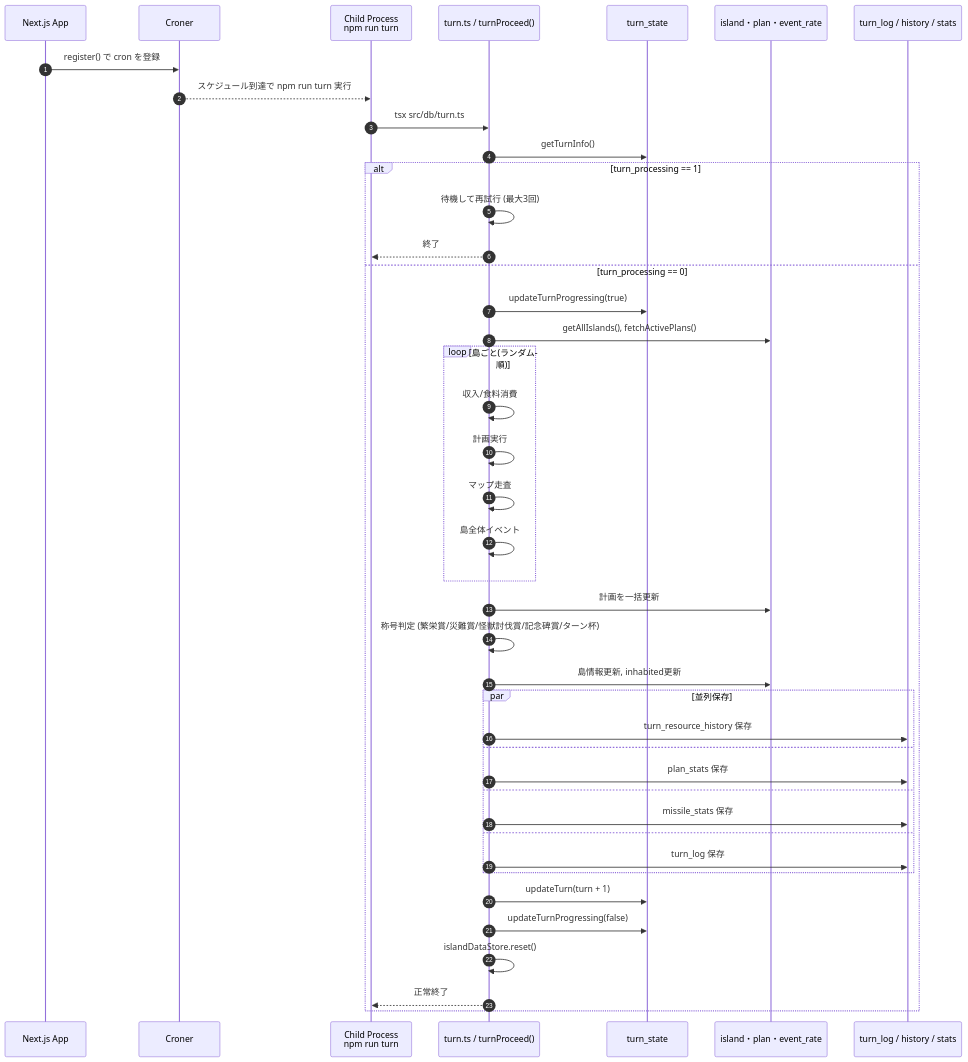
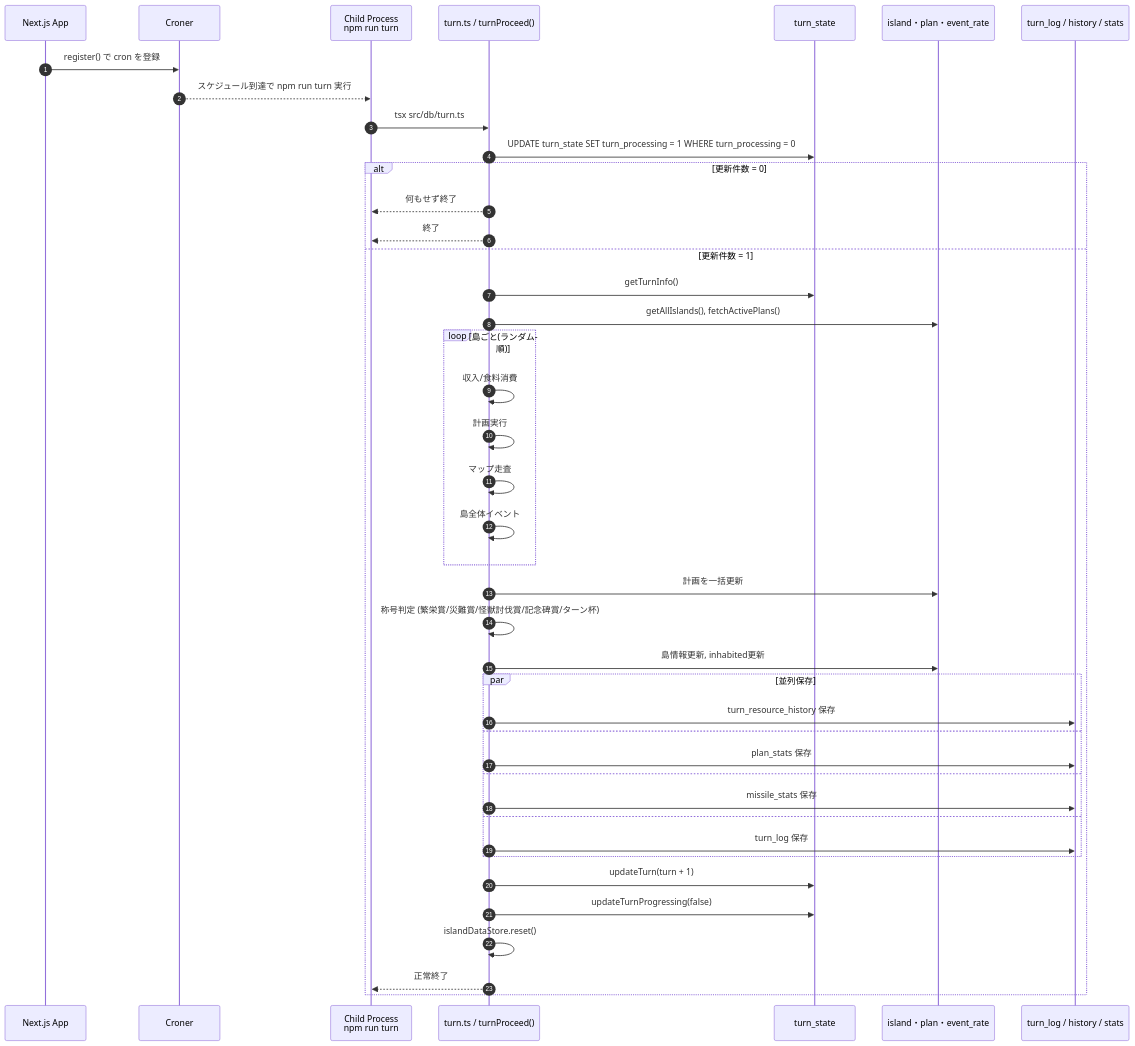
Before and after one commit to patatan168/next-hakoniwa: the diagram in docs/turn_process_specification.md, drawn with Mermaid. The commit also changed other lines of this file and 2 other files, not shown here.

````diff
--- a/docs/turn_process_specification.md
+++ b/docs/turn_process_specification.md
@@ -65,50 +65,50 @@
 ```mermaid
 sequenceDiagram
     autonumber
     participant App as Next.js App
     participant Cron as Croner
     participant Child as Child Process<br/>npm run turn
     participant Turn as turn.ts / turnProceed()
     participant TS as turn_state
     participant DB as island・plan・event_rate
     participant LogDB as turn_log / history / stats
 
     App->>Cron: register() で cron を登録
     Cron-->>Child: スケジュール到達で npm run turn 実行
     Child->>Turn: tsx src/db/turn.ts
 
-    Turn->>TS: getTurnInfo()
-    alt turn_processing == 1
-        Turn->>Turn: 待機して再試行 (最大3回)
+    Turn->>TS: UPDATE turn_state SET turn_processing = 1 WHERE turn_processing = 0
+    alt 更新件数 = 0
+        Turn-->>Child: 何もせず終了
         Turn-->>Child: 終了
-    else turn_processing == 0
-        Turn->>TS: updateTurnProgressing(true)
+    else 更新件数 = 1
+        Turn->>TS: getTurnInfo()
         Turn->>DB: getAllIslands(), fetchActivePlans()
 
         loop 島ごと(ランダム順)
             Turn->>Turn: 収入/食料消費
             Turn->>Turn: 計画実行
             Turn->>Turn: マップ走査
             Turn->>Turn: 島全体イベント
         end
 
         Turn->>DB: 計画を一括更新
         Turn->>Turn: 称号判定 (繁栄賞/災難賞/怪獣討伐賞/記念碑賞/ターン杯)
         Turn->>DB: 島情報更新, inhabited更新
 
         par 並列保存
             Turn->>LogDB: turn_resource_history 保存
         and
             Turn->>LogDB: plan_stats 保存
         and
             Turn->>LogDB: missile_stats 保存
         and
             Turn->>LogDB: turn_log 保存
         end
 
         Turn->>TS: updateTurn(turn + 1)
         Turn->>TS: updateTurnProgressing(false)
         Turn->>Turn: islandDataStore.reset()
         Turn-->>Child: 正常終了
     end
 ```
````
